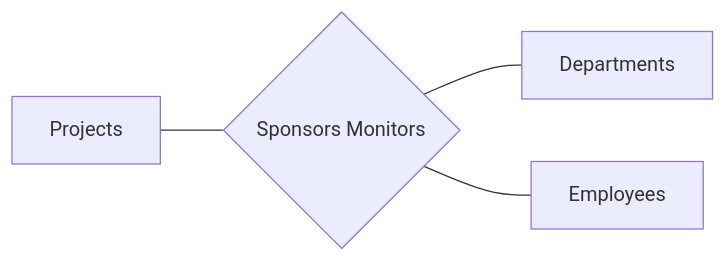
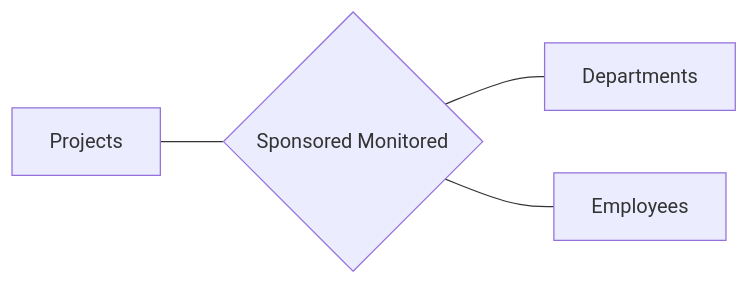
One commit to nkarl/wsu-cpts-451-dbms changed the fifth of 7 diagrams in week-1/ER Models for Relational DB.md. Above: the diagram before and after it, drawn with Mermaid. The commit also changed other lines of this file, not shown here.

````diff
--- a/week-1/ER Models for Relational DB.md
+++ b/week-1/ER Models for Relational DB.md
@@ -104,5 +104,5 @@
 ```mermaid
 graph LR
-Projects --- sponsors{Sponsors Monitors} --- Departments
-sponsors --- Employees
+Projects --- sponsored{Sponsored Monitored} --- Departments
+sponsored --- Employees
 ```
````
